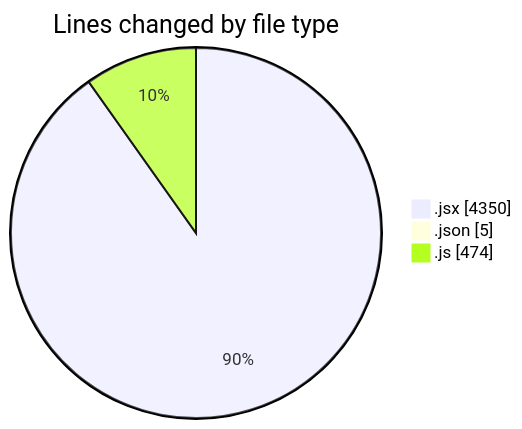
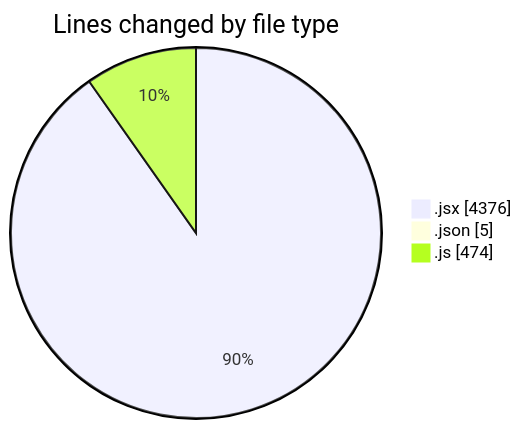
Before and after one commit to nxtqubesakshisongat/code-tracking: the first of 2 diagrams in 2025-11-18/nxtqube_webapp/README.md, drawn with Mermaid. The commit also changed other lines of this file and 1 other file, not shown here.

````diff
--- a/2025-11-18/nxtqube_webapp/README.md
+++ b/2025-11-18/nxtqube_webapp/README.md
@@ -26,7 +26,7 @@
 ```mermaid
 pie showData
 title Lines changed by file type
-".jsx" : 4350
+".jsx" : 4376
 ".json" : 5
 ".js" : 474
 ```
````
